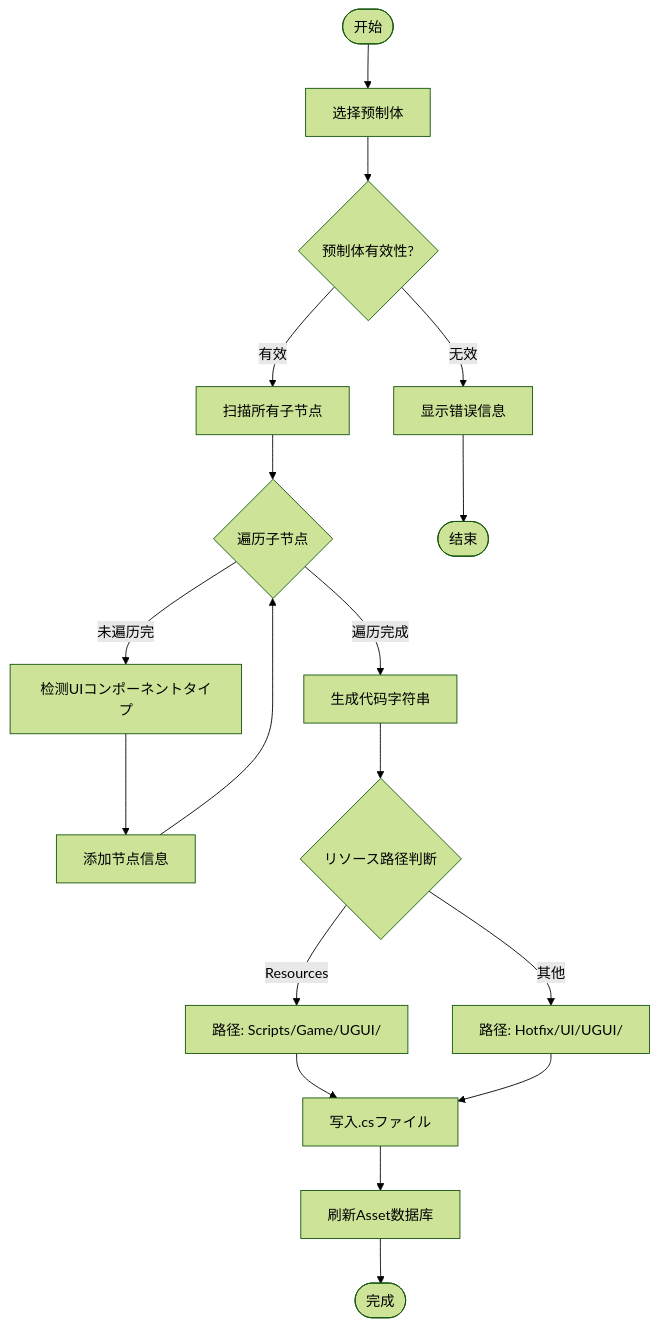
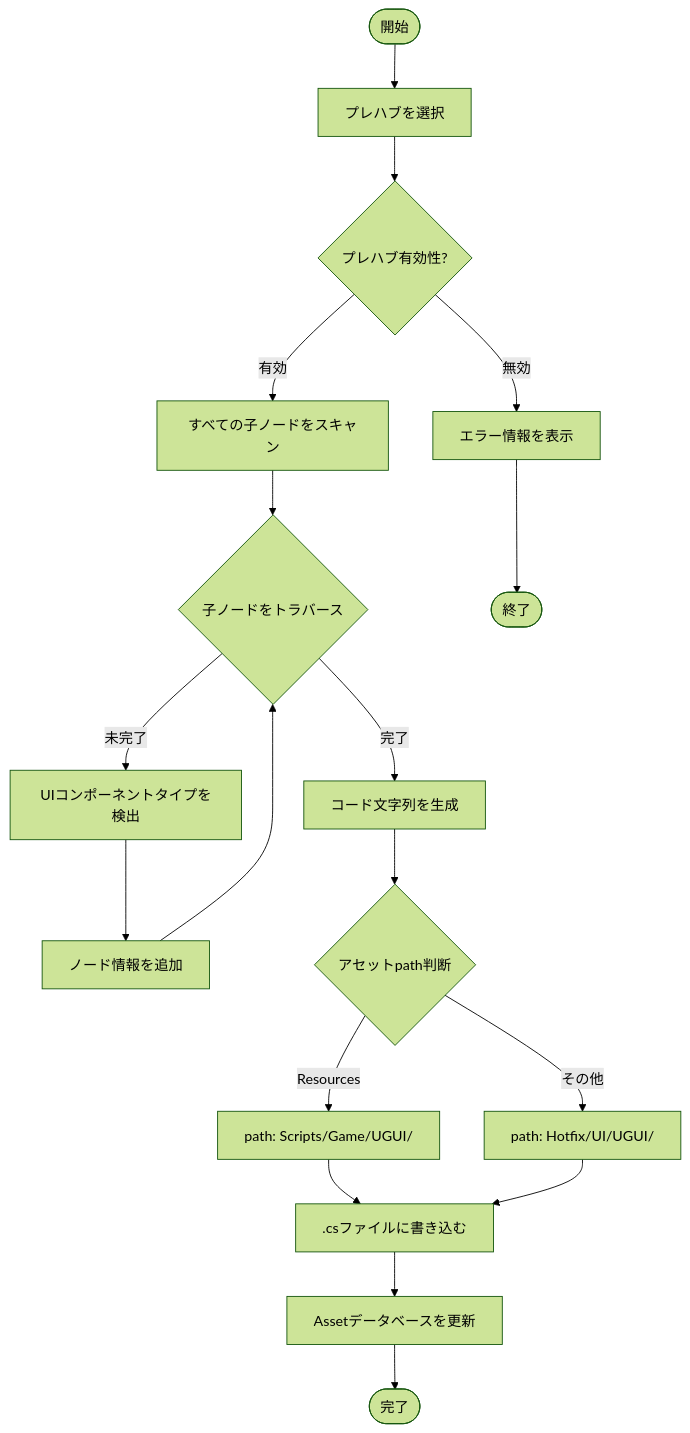
The second of 2 diagrams in docs/ja/client/unity/component/ui-ugui/10.code-generator.md (AlianBlank/GameFrameX.Docs), drawn with Mermaid (forest theme) before and after one commit. The commit also changed other lines of this file and 320 other files, not shown here.

````diff
--- a/docs/ja/client/unity/component/ui-ugui/10.code-generator.md
+++ b/docs/ja/client/unity/component/ui-ugui/10.code-generator.md
@@ -80,24 +80,24 @@
 ```mermaid
 flowchart TD
-    Start([开始]) --> Select[选择预制体]
-    Select --> Check{预制体有效性?}
-    Check -->|无效| Error1[显示错误信息]
-    Check -->|有效| Scan[扫描所有子节点]
-    
-    Scan --> Loop{遍历子节点}
-    Loop -->|未遍历完| Detect[检测UIコンポーネントタイプ]
-    Detect --> AddInfo[添加节点信息]
+    Start([開始]) --> Select[プレハブを選択]
+    Select --> Check{プレハブ有効性?}
+    Check -->|無効| Error1[エラー情報を表示]
+    Check -->|有効| Scan[すべての子ノードをスキャン]
+
+    Scan --> Loop{子ノードをトラバース}
+    Loop -->|未完了| Detect[UIコンポーネントタイプを検出]
+    Detect --> AddInfo[ノード情報を追加]
     AddInfo --> Loop
-    
-    Loop -->|遍历完成| Generate[生成代码字符串]
-    Generate --> Determine{リソース路径判断}
-    Determine -->|Resources| Path1[路径: Scripts/Game/UGUI/]
-    Determine -->|其他| Path2[路径: Hotfix/UI/UGUI/]
-    
-    Path1 --> Write[写入.csファイル]
+
+    Loop -->|完了| Generate[コード文字列を生成]
+    Generate --> Determine{アセットpath判断}
+    Determine -->|Resources| Path1[path: Scripts/Game/UGUI/]
+    Determine -->|その他| Path2[path: Hotfix/UI/UGUI/]
+
+    Path1 --> Write[.csファイルに書き込む]
     Path2 --> Write
-    Write --> Refresh[刷新Asset数据库]
-    Refresh --> Complete([完成])
-    
-    Error1 --> End([结束])
+    Write --> Refresh[Assetデータベースを更新]
+    Refresh --> Complete([完了])
+
+    Error1 --> End([終了])
 ```
````
